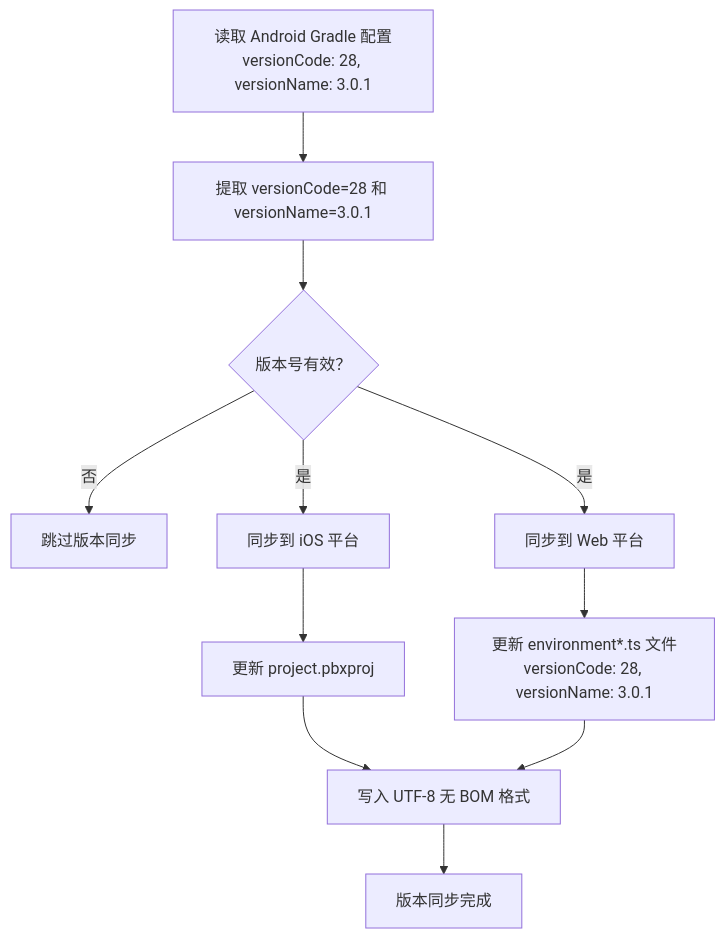
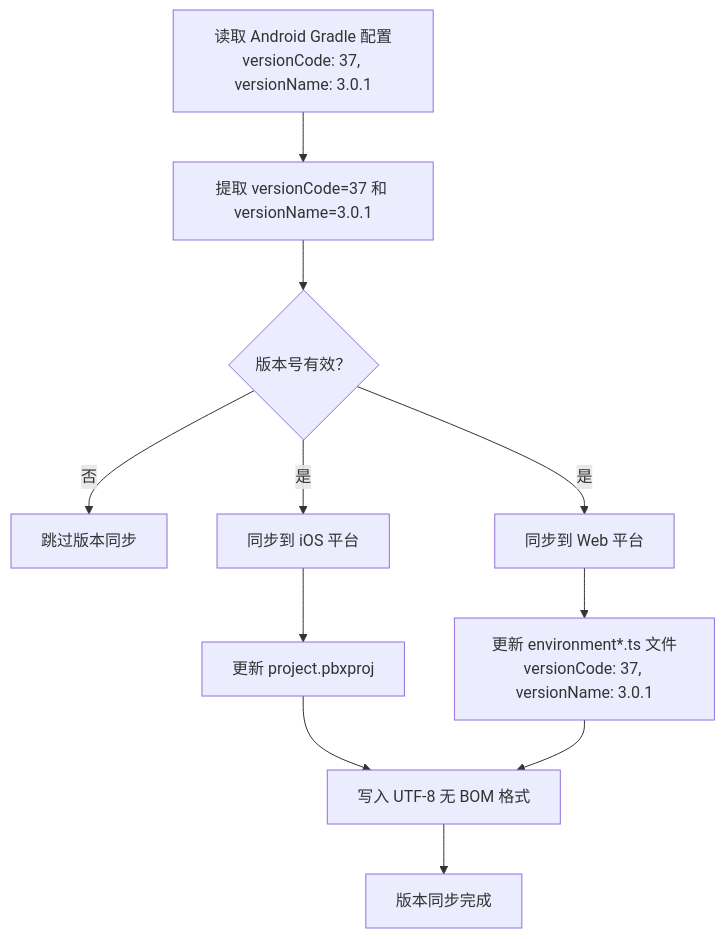
Before and after one commit to tea4go/Macro-Deck-Client-App: the fourth of 6 diagrams in .qoder/repowiki/zh/content/构建与部署/构建配置.md, drawn with Mermaid. The commit also changed other lines of this file and 39 other files, not shown here.

````diff
--- a/.qoder/repowiki/zh/content/构建与部署/构建配置.md
+++ b/.qoder/repowiki/zh/content/构建与部署/构建配置.md
@@ -721,13 +721,13 @@
 ```mermaid
 flowchart TD
-A["读取 Android Gradle 配置<br/>versionCode: 28, versionName: 3.0.1"] --> B["提取 versionCode=28 和 versionName=3.0.1"]
+A["读取 Android Gradle 配置<br/>versionCode: 37, versionName: 3.0.1"] --> B["提取 versionCode=37 和 versionName=3.0.1"]
 B --> C{"版本号有效？"}
 C --> |否| D["跳过版本同步"]
 C --> |是| E["同步到 iOS 平台"]
 C --> |是| F["同步到 Web 平台"]
 E --> G["更新 project.pbxproj"]
-F --> H["更新 environment*.ts 文件<br/>versionCode: 28, versionName: 3.0.1"]
+F --> H["更新 environment*.ts 文件<br/>versionCode: 37, versionName: 3.0.1"]
 G --> I["写入 UTF-8 无 BOM 格式"]
 H --> I
 I --> J["版本同步完成"]
 ```
````
